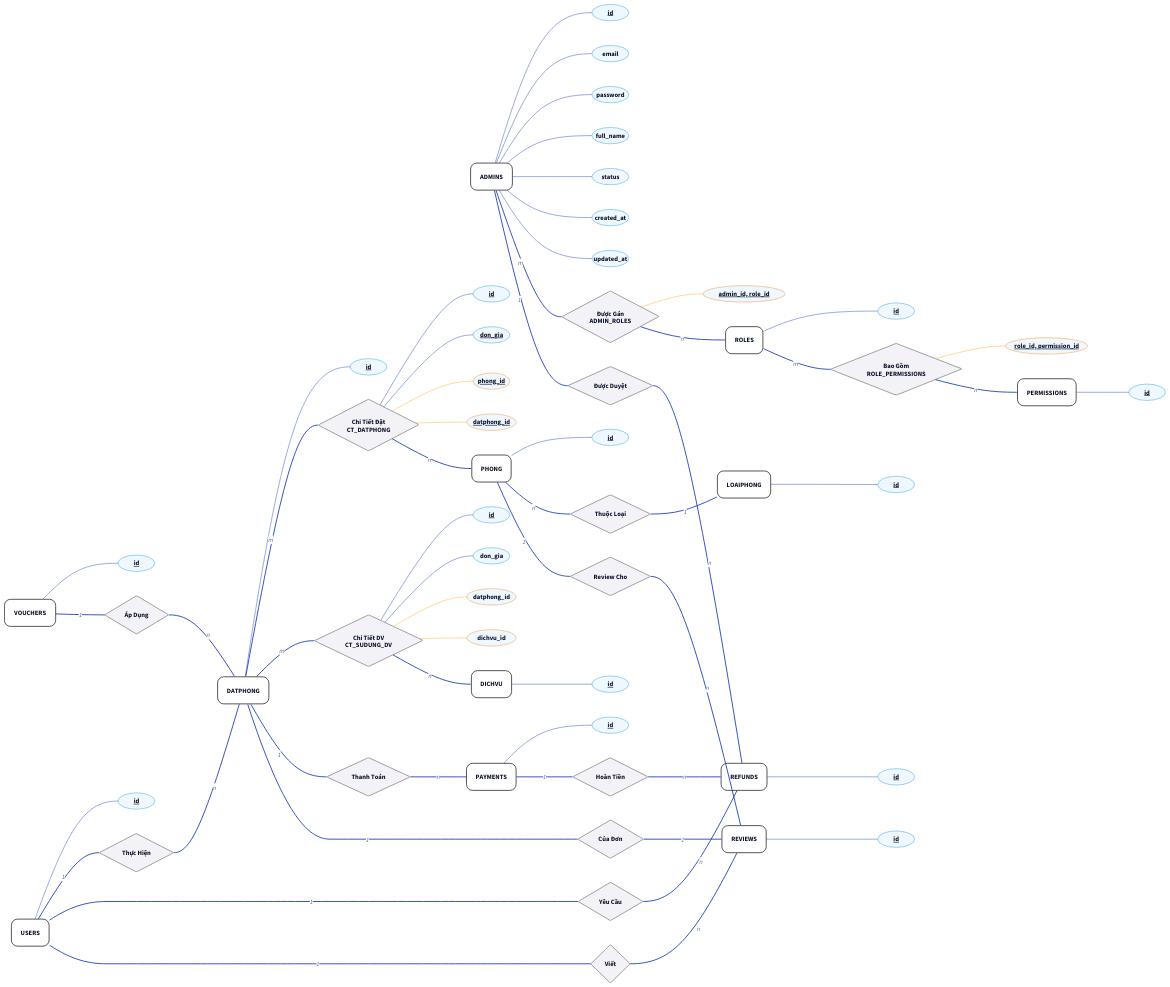
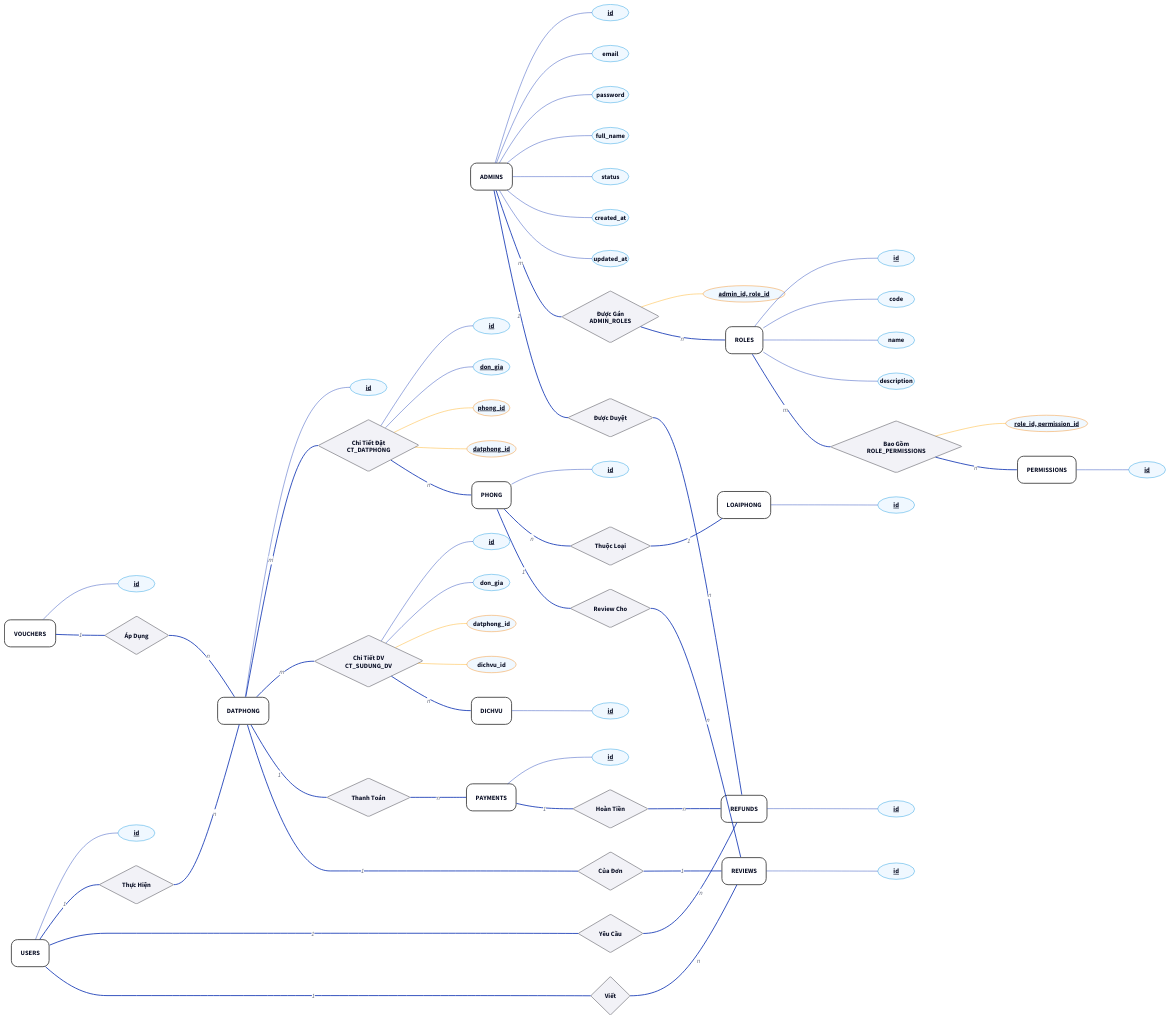
The diagram in baocao/content/diagrams/ch02-ER.d2 (sam-uit/ie103-project-report), drawn with D2 before and after one commit. The commit also changed 1 other file, not shown here.

```diff
--- a/baocao/content/diagrams/ch02-ER.d2
+++ b/baocao/content/diagrams/ch02-ER.d2
@@ -131,8 +131,16 @@
 
 # MARK: ROLES
 ROLES: {class: entity; label: "ROLES"}
-role_id: {class: attr_pri; label: "id"}
-ROLES -- role_id: {style: {stroke-width: 1}}
+roles_id: {class: attr_pri; label: "id"}
+roles_code: {class: attr; label: "code"}
+roles_name: {class: attr; label: "name"}
+roles_description: {class: attr; label: "description"}
+
+ROLES -- roles_id: {style: {stroke-width: 1}}
+ROLES -- roles_code: {style: {stroke-width: 1}}
+ROLES -- roles_name: {style: {stroke-width: 1}}
+ROLES -- roles_description: {style: {stroke-width: 1}}
+
 
 PERMISSIONS: {class: entity; label: "PERMISSIONS"}
 permission_id: {class: attr_pri; label: "id"}
```
